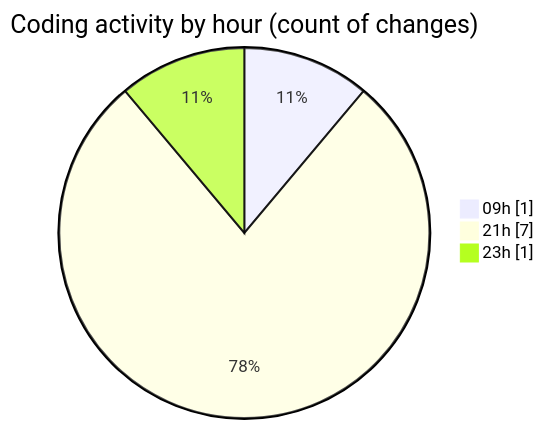
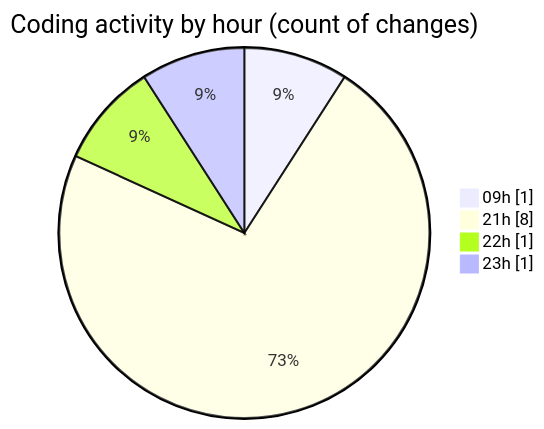
Before and after one commit to MatusMokan/code-tracking: the second of 2 diagrams in 2025-02-19/myws__workspace_/README.md, drawn with Mermaid. The commit also changed other lines of this file and 1 other file, not shown here.

````diff
--- a/2025-02-19/myws__workspace_/README.md
+++ b/2025-02-19/myws__workspace_/README.md
@@ -33,7 +33,8 @@
 ```mermaid
 pie showData
 title Coding activity by hour (count of changes)
 "09h" : 1
-"21h" : 7
+"21h" : 8
+"22h" : 1
 "23h" : 1
 ```
````
